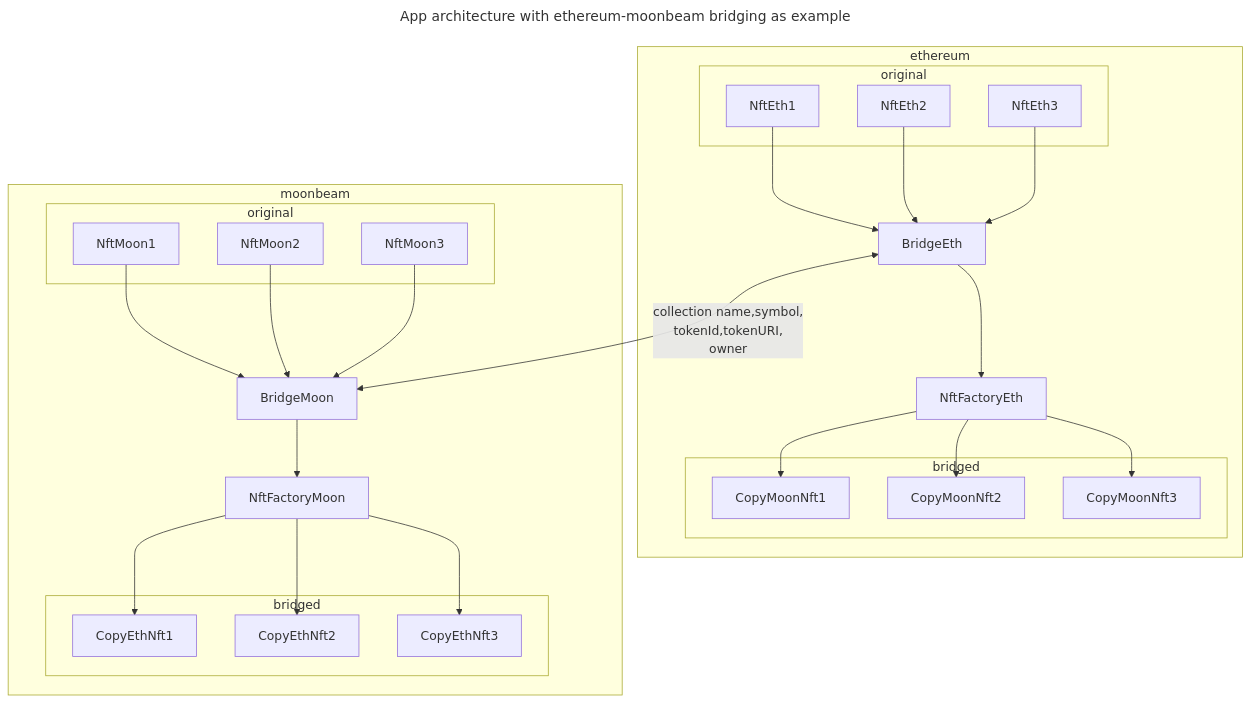
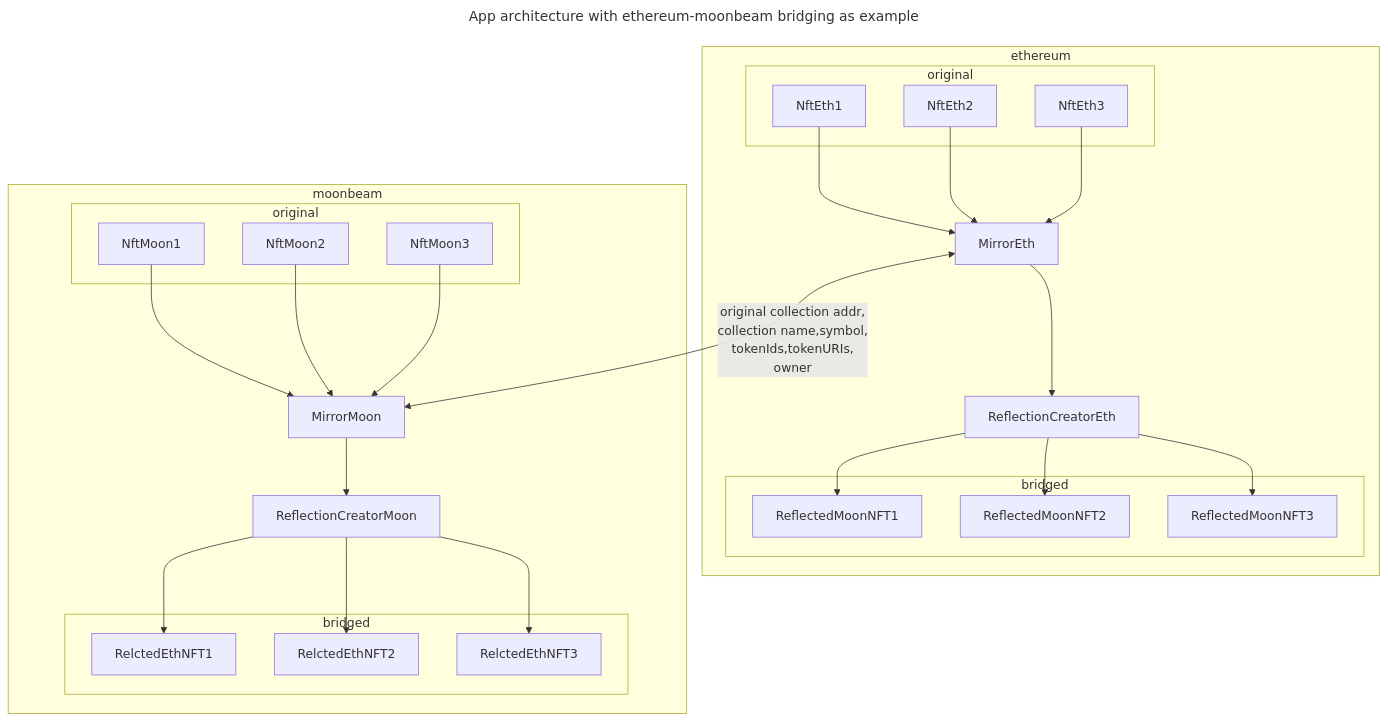
The diagram in README.md (ZooDAO-Project/mirror-nft-bridge), drawn with Mermaid before and after one commit. The commit also changed other lines of this file and 1 other file, not shown here.

````diff
--- a/README.md
+++ b/README.md
@@ -22,56 +48,56 @@
 ```mermaid
 ---
 title: App architecture with ethereum-moonbeam bridging as example
 ---
 flowchart TB
     subgraph ethereum
         subgraph originalEth[original]
             NftEth1
             NftEth2
             NftEth3
         end
 
         subgraph bridgedEth[bridged]
-            CopyMoonNft1
-            CopyMoonNft2
-            CopyMoonNft3
+            ReflectedMoonNFT1
+            ReflectedMoonNFT2
+            ReflectedMoonNFT3
         end
 
-        BridgeEth --> NftFactoryEth
+        MirrorEth --> ReflectionCreatorEth
 
-        NftEth1 --> BridgeEth
-        NftEth2 --> BridgeEth
-        NftEth3 --> BridgeEth
+        NftEth1 --> MirrorEth
+        NftEth2 --> MirrorEth
+        NftEth3 --> MirrorEth
 
-        NftFactoryEth --> CopyMoonNft1
-        NftFactoryEth --> CopyMoonNft2
-        NftFactoryEth --> CopyMoonNft3
+        ReflectionCreatorEth --> ReflectedMoonNFT1
+        ReflectionCreatorEth --> ReflectedMoonNFT2
+        ReflectionCreatorEth --> ReflectedMoonNFT3
 
     end
 
-    BridgeEth <-->|collection name,symbol,<br>tokenId,tokenURI,<br>owner| BridgeMoon
+    MirrorEth <-->|original collection addr,<br>collection name,symbol,<br>tokenIds,tokenURIs,<br>owner| MirrorMoon
 
     subgraph moonbeam
         subgraph originalMoon[original]
             NftMoon1
             NftMoon2
             NftMoon3
         end
 
         subgraph bridgedMoon[bridged]
-            CopyEthNft1
-            CopyEthNft2
-            CopyEthNft3
+            RelctedEthNFT1
+            RelctedEthNFT2
+            RelctedEthNFT3
         end
 
-        BridgeMoon --> NftFactoryMoon
+        MirrorMoon --> ReflectionCreatorMoon
 
-        NftMoon1 --> BridgeMoon
-        NftMoon2 --> BridgeMoon
-        NftMoon3 --> BridgeMoon
+        NftMoon1 --> MirrorMoon
+        NftMoon2 --> MirrorMoon
+        NftMoon3 --> MirrorMoon
 
-        NftFactoryMoon --> CopyEthNft1
-        NftFactoryMoon --> CopyEthNft2
-        NftFactoryMoon --> CopyEthNft3
+        ReflectionCreatorMoon --> RelctedEthNFT1
+        ReflectionCreatorMoon --> RelctedEthNFT2
+        ReflectionCreatorMoon --> RelctedEthNFT3
     end
 ```
````
